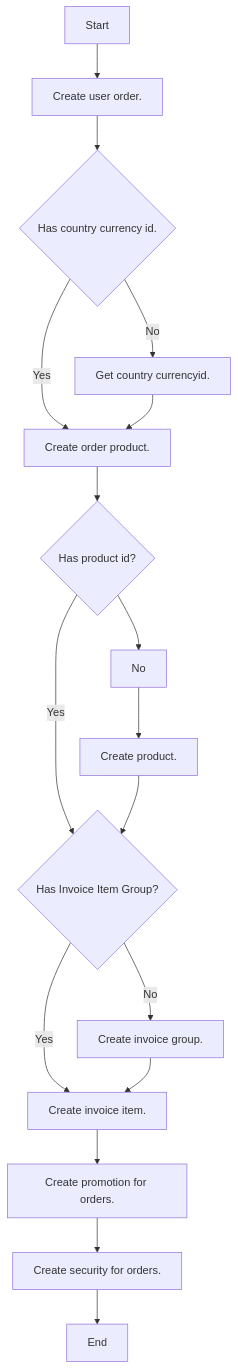
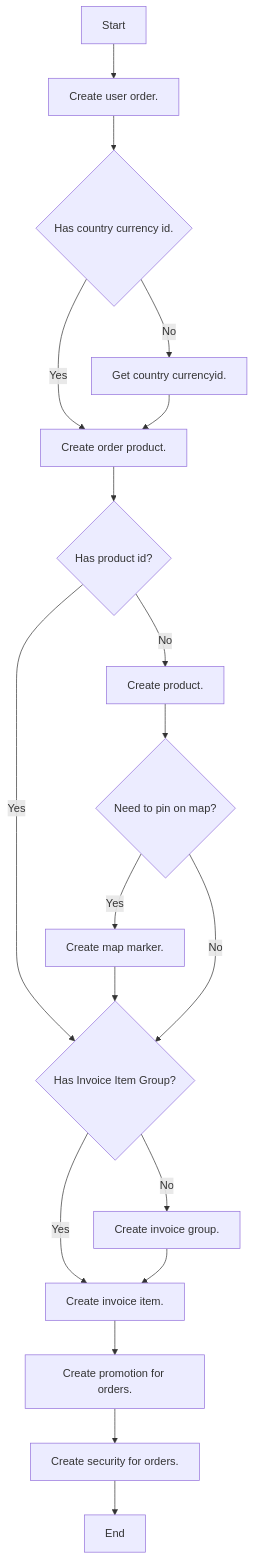
One commit to OwlTing/SuiteCrmOwlDocs changed the third of 3 diagrams in source/includes/_v8api_guideline.md. Above: the diagram before and after it, drawn with Mermaid. The commit also changed other lines of this file, not shown here.

Commit message:
update aos_inovice flow chart

````diff
--- a/source/includes/_v8api_guideline.md
+++ b/source/includes/_v8api_guideline.md
@@ -268,18 +268,21 @@
 ```mermaid
 graph TD
     Start[Start] --> A[Create user order.]
     A -->  B{Has country currency id.};
     B -- Yes --> C[Create order product.]
     C --> D{Has product id?}
     D -- Yes --> E{Has Invoice Item Group?}
     E -- Yes --> G
     F --> G[Create invoice item.]
     G --> H[Create promotion for orders.]
     H --> I[Create security for orders.]
     I --> End[End]
     E -- No --> F[Create invoice group.]
-    D --> No --> K[Create product.]
-    K --> E
+    D -- No --> K[Create product.]
+    K --> L{Need to pin on map?}
+    L -- Yes --> M[Create map marker.]
+    M --> E
+    L -- No -->E
     B -- No --> J[Get country currencyid.]
     J --> C
 ```
````
